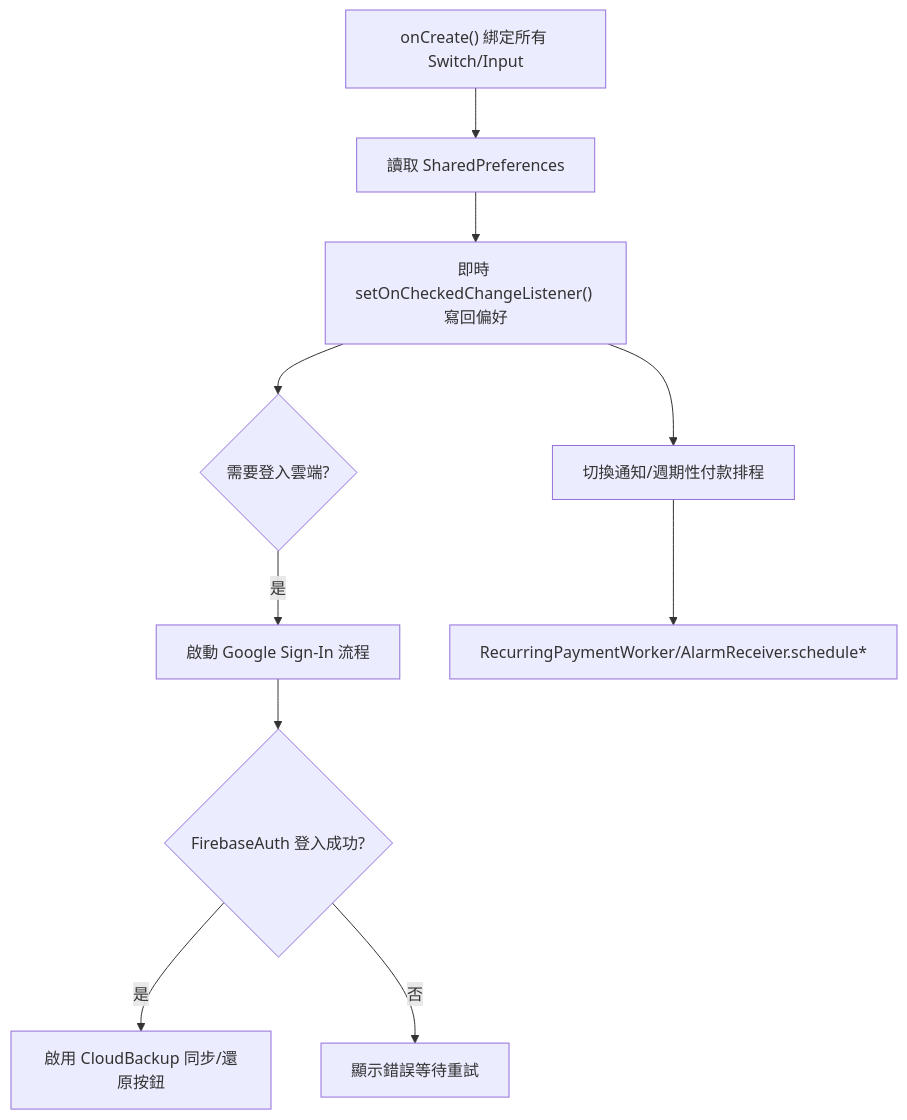
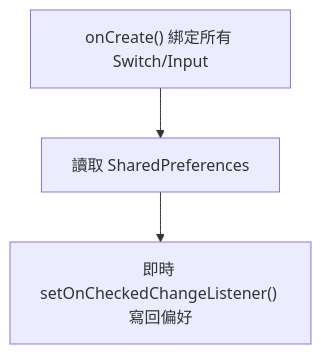
The tenth of 26 diagrams in Grading_Criteria.md (Dao-you/SimplestBookAndroid), drawn with Mermaid before and after one commit. The commit also changed other lines of this file, not shown here.

````diff
--- a/Grading_Criteria.md
+++ b/Grading_Criteria.md
@@ -292,12 +289,5 @@
 ```mermaid
 flowchart TD
     A["onCreate() 綁定所有 Switch/Input"] --> B["讀取 SharedPreferences" ]
     B --> C["即時 setOnCheckedChangeListener() 寫回偏好"]
-    C --> D{"需要登入雲端?"}
-    D -->|"是"| E["啟動 Google Sign-In 流程"]
-    E --> F{"FirebaseAuth 登入成功?"}
-    F -->|"是"| G["啟用 CloudBackup 同步/還原按鈕"]
-    F -->|"否"| H["顯示錯誤等待重試"]
-    C --> I["切換通知/週期性付款排程"]
-    I --> J["RecurringPaymentWorker/AlarmReceiver.schedule*"]
 ```
````
